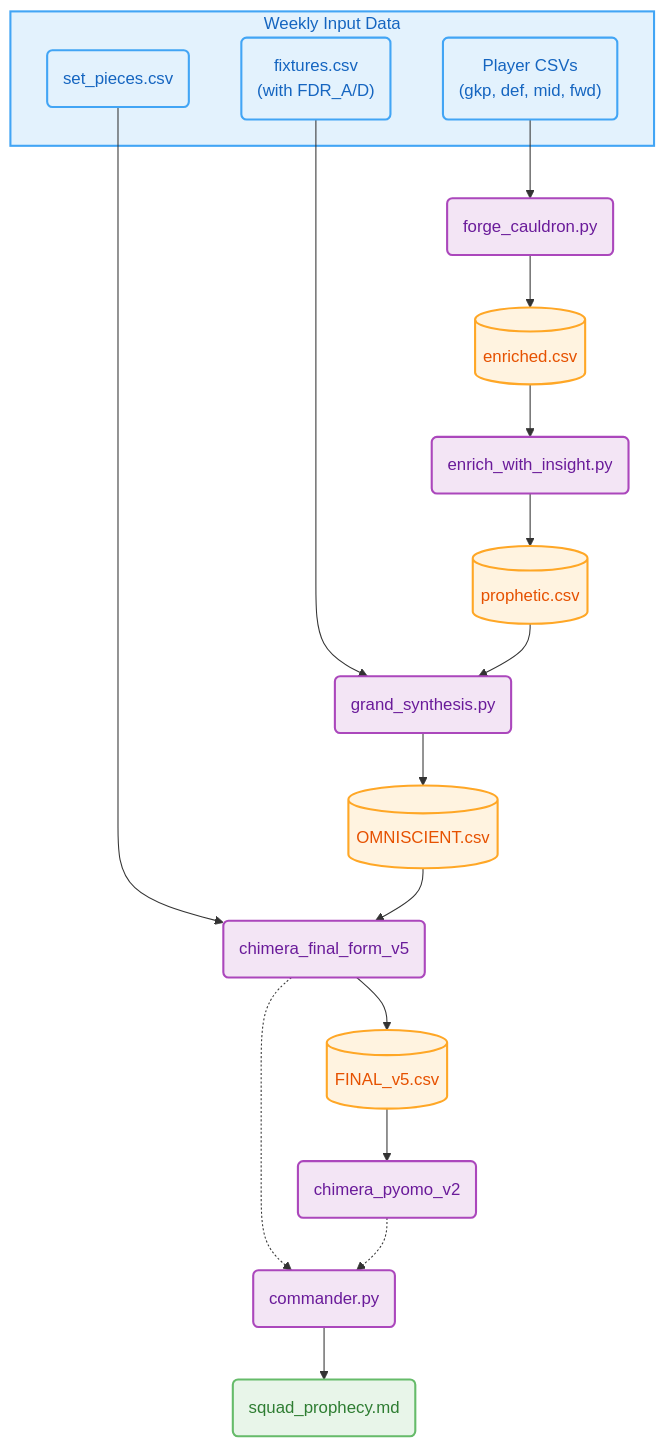
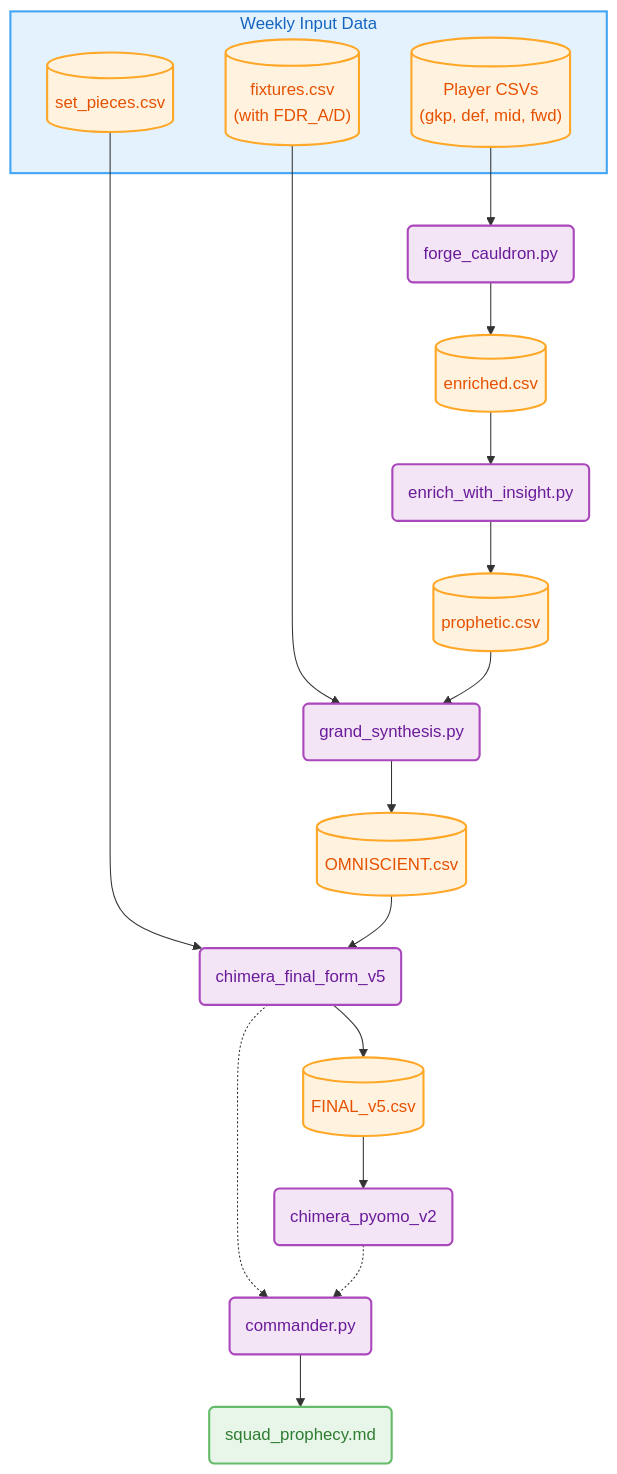
The diagram in README.md (ianchanning/fpl-dominator), drawn with Mermaid before and after one commit.

Commit message:
docs: Refactor Mermaid diagram node styling

````diff
--- a/README.md
+++ b/README.md
@@ -106,56 +106,55 @@
 ```mermaid
 graph TD
     subgraph inputs["Weekly Input Data"]
-        A1("Player CSVs<br>(gkp, def, mid, fwd)")
-        A2("fixtures.csv<br>(with FDR_A/D)")
-        A3("set_pieces.csv")
+        A1[("Player CSVs<br>(gkp, def, mid, fwd)")]
+        A2[("fixtures.csv<br>(with FDR_A/D)")]
+        A3[("set_pieces.csv")]
     end
 
     B1("forge_cauldron.py")
     C1[("enriched.csv")]
 
     B2("enrich_with_insight.py")
     C2[("prophetic.csv")]
 
     B3("grand_synthesis.py")
     C3[("OMNISCIENT.csv")]
 
     B4("chimera_final_form_v5")
     C4[("FINAL_v5.csv")]
 
     B5("chimera_pyomo_v2")
 
     E1("commander.py")
     F1("squad_prophecy.md")
 
     A1 --> B1
     B1 --> C1
     C1 --> B2
     B2 --> C2
 
     A2 --> B3
     C2 --> B3
     B3 --> C3
 
     A3 --> B4
     C3 --> B4
     B4 --> C4
     B4 -.-> E1
 
     C4 --> B5
     B5 -.-> E1
 
     E1 --> F1
 
-    classDef inputStyle fill:#e3f2fd,stroke:#42a5f5,stroke-width:2px,color:#1565c0
+    %% classDef inputStyle fill:#e3f2fd,stroke:#42a5f5,stroke-width:2px,color:#1565c0
     classDef processStyle fill:#f3e5f5,stroke:#ab47bc,stroke-width:2px,color:#6a1b9a
     classDef dataStyle fill:#fff3e0,stroke:#ffa726,stroke-width:2px,color:#e65100
     classDef outputStyle fill:#e8f5e9,stroke:#66bb6a,stroke-width:2px,color:#2e7d32
 
-    class A1,A2,A3 inputStyle
     class B1,B2,B3,B4,B5,E1 processStyle
-    class C1,C2,C3,C4 dataStyle
+    class A1,A2,A3,C1,C2,C3,C4 dataStyle
     class F1 outputStyle
 
     style inputs fill:#e3f2fd,stroke:#42a5f5,stroke-width:2px,color:#1565c0
 ```
````
